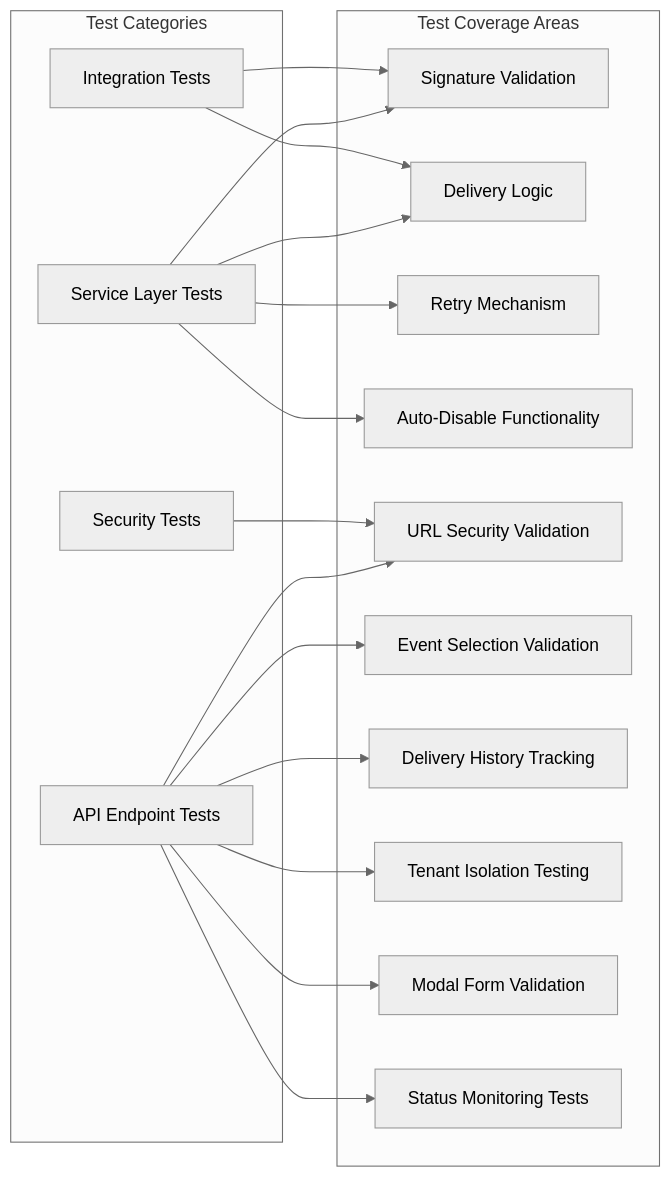
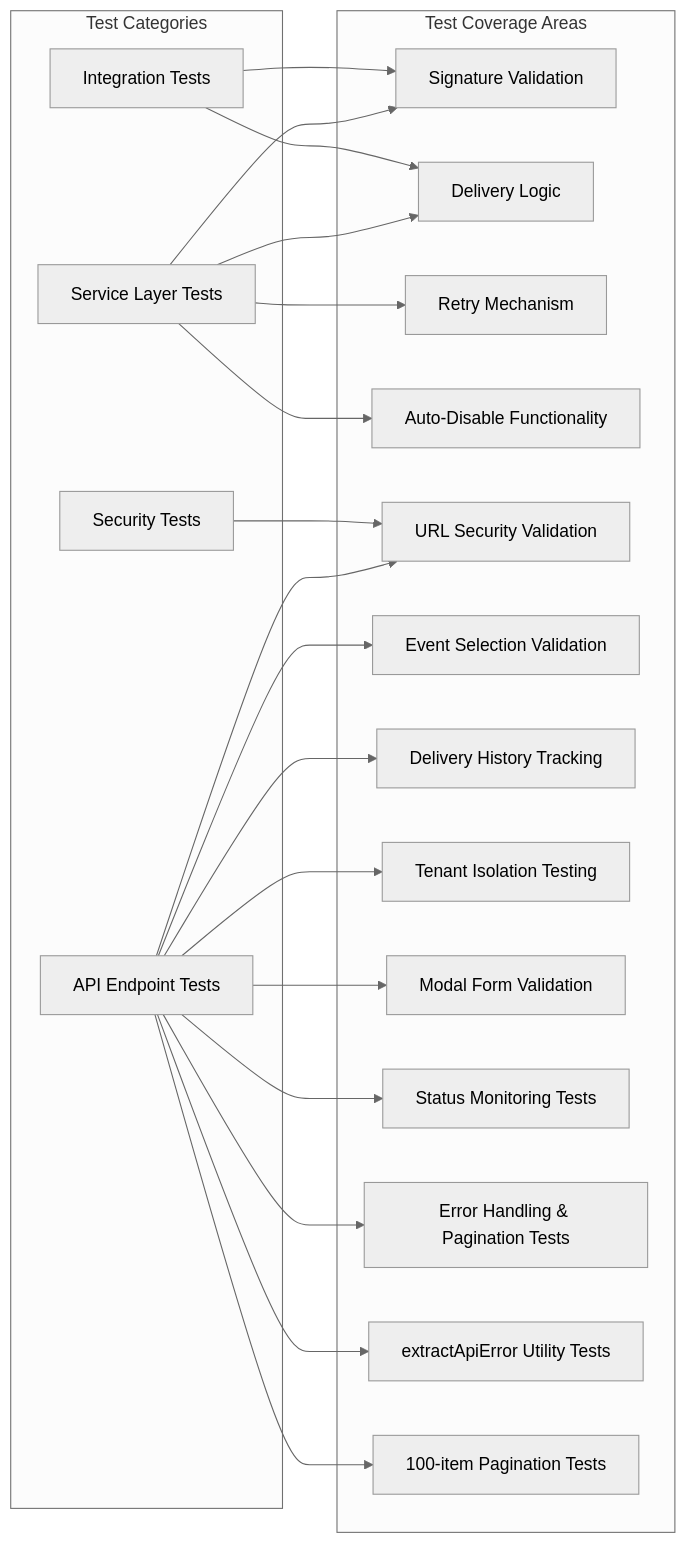
The sixth of 6 diagrams in .qoder/repowiki/en/content/Frontend Architecture/Webhook Configuration.md (Revanththetalogics/aireume), drawn with Mermaid (neutral theme) before and after one commit. The commit also changed other lines of this file and 9 other files, not shown here.

````diff
--- a/.qoder/repowiki/en/content/Frontend Architecture/Webhook Configuration.md
+++ b/.qoder/repowiki/en/content/Frontend Architecture/Webhook Configuration.md
@@ -460,34 +467,40 @@
 ```mermaid
 graph LR
 subgraph "Test Categories"
 ServiceTests[Service Layer Tests]
 EndpointTests[API Endpoint Tests]
 IntegrationTests[Integration Tests]
 SecurityTests[Security Tests]
 end
 subgraph "Test Coverage Areas"
 HMAC[Signature Validation]
 Delivery[Delivery Logic]
 Retry[Retry Mechanism]
 AutoDisable[Auto-Disable Functionality]
 URLValidation[URL Security Validation]
 EventSelection[Event Selection Validation]
 DeliveryHistory[Delivery History Tracking]
 TenantIsolation[Tenant Isolation Testing]
 ModalValidation[Modal Form Validation]
 StatusMonitoring[Status Monitoring Tests]
+ErrorHandling[Error Handling & Pagination Tests]
+extractApiError[extractApiError Utility Tests]
+Pagination[100-item Pagination Tests]
 end
 ServiceTests --> HMAC
 ServiceTests --> Delivery
 ServiceTests --> Retry
 ServiceTests --> AutoDisable
 EndpointTests --> URLValidation
 EndpointTests --> EventSelection
 EndpointTests --> DeliveryHistory
 EndpointTests --> TenantIsolation
 EndpointTests --> ModalValidation
 EndpointTests --> StatusMonitoring
+EndpointTests --> ErrorHandling
+EndpointTests --> extractApiError
+EndpointTests --> Pagination
 IntegrationTests --> HMAC
 IntegrationTests --> Delivery
 SecurityTests --> URLValidation
 ```
````
